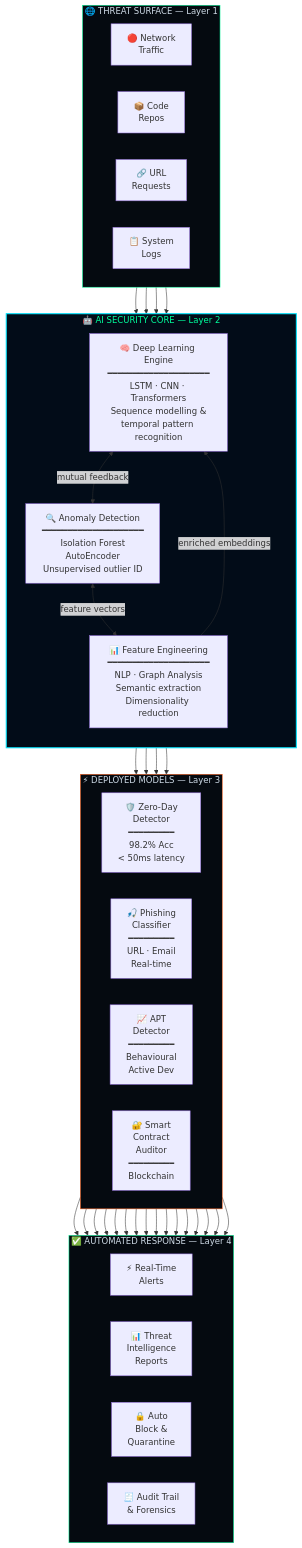
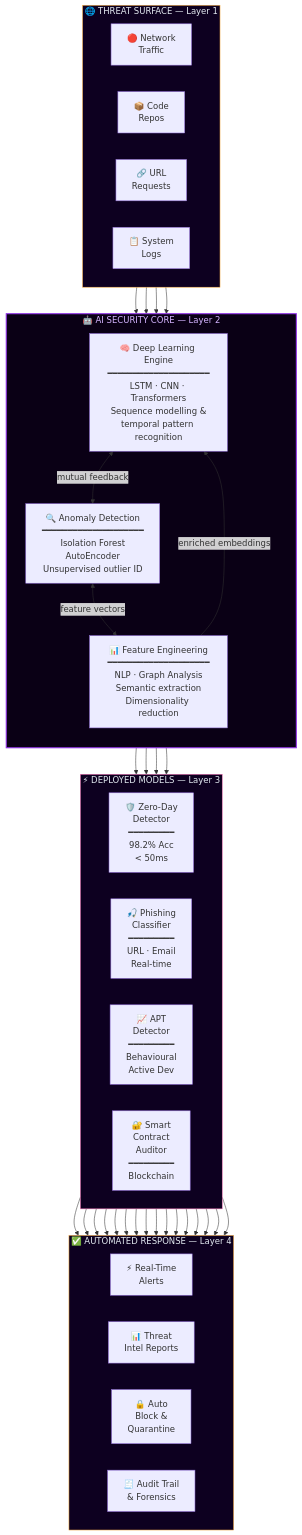
One commit to LuthandoCandlovu/LuthandoCandlovu changed the first of 8 diagrams in README.md. Above: the diagram before and after it, drawn with Mermaid. The commit also changed other lines of this file, not shown here.

````diff
--- a/README.md
+++ b/README.md
@@ -263,45 +223,45 @@
 ```mermaid
 graph TB
     subgraph INGEST["🌐 THREAT SURFACE — Layer 1"]
         direction LR
         A["🔴 Network<br/>Traffic"]
         B["📦 Code<br/>Repos"]
         C["🔗 URL<br/>Requests"]
         D["📋 System<br/>Logs"]
     end
 
     subgraph CORE["🤖 AI SECURITY CORE — Layer 2"]
         direction TB
         E["🧠 Deep Learning Engine<br/>━━━━━━━━━━━━━━━━━━━━<br/>LSTM · CNN · Transformers<br/>Sequence modelling &<br/>temporal pattern recognition"]
         F["🔍 Anomaly Detection<br/>━━━━━━━━━━━━━━━━━━━━<br/>Isolation Forest<br/>AutoEncoder<br/>Unsupervised outlier ID"]
         G["📊 Feature Engineering<br/>━━━━━━━━━━━━━━━━━━━━<br/>NLP · Graph Analysis<br/>Semantic extraction<br/>Dimensionality reduction"]
         E <-->|"mutual feedback"| F
         F <-->|"feature vectors"| G
         G -->|"enriched embeddings"| E
     end
 
     subgraph MODELS["⚡ DEPLOYED MODELS — Layer 3"]
         direction LR
-        H["🛡️ Zero-Day<br/>Detector<br/>━━━━━━━━━<br/>98.2% Acc<br/>< 50ms latency"]
+        H["🛡️ Zero-Day<br/>Detector<br/>━━━━━━━━━<br/>98.2% Acc<br/>< 50ms"]
         I["🎣 Phishing<br/>Classifier<br/>━━━━━━━━━<br/>URL · Email<br/>Real-time"]
         J["📈 APT<br/>Detector<br/>━━━━━━━━━<br/>Behavioural<br/>Active Dev"]
         K["🔐 Smart<br/>Contract<br/>Auditor<br/>━━━━━━━━━<br/>Blockchain"]
     end
 
     subgraph RESPONSE["✅ AUTOMATED RESPONSE — Layer 4"]
         direction LR
         L["⚡ Real-Time<br/>Alerts"]
-        M["📊 Threat<br/>Intelligence<br/>Reports"]
+        M["📊 Threat<br/>Intel Reports"]
         N["🔒 Auto<br/>Block &<br/>Quarantine"]
         O["🧾 Audit Trail<br/>& Forensics"]
     end
 
     A & B & C & D --> CORE
     CORE --> H & I & J & K
     H & I & J & K --> L & M & N & O
 
-    style CORE fill:#020c18,stroke:#00e5ff,stroke-width:2px,color:#00ff9d
-    style INGEST fill:#050a10,stroke:#00ff9d,stroke-width:1px,color:#cdd9e5
-    style MODELS fill:#050a10,stroke:#ff5e1a,stroke-width:1px,color:#cdd9e5
-    style RESPONSE fill:#050a10,stroke:#00ff9d,stroke-width:1px,color:#cdd9e5
+    style CORE fill:#0a0015,stroke:#9333EA,stroke-width:2px,color:#d4b3ff
+    style INGEST fill:#0d0020,stroke:#FFB347,stroke-width:1px,color:#e2e8f0
+    style MODELS fill:#0d0020,stroke:#F472B6,stroke-width:1px,color:#e2e8f0
+    style RESPONSE fill:#0d0020,stroke:#FFB347,stroke-width:1px,color:#e2e8f0
 ```
````
